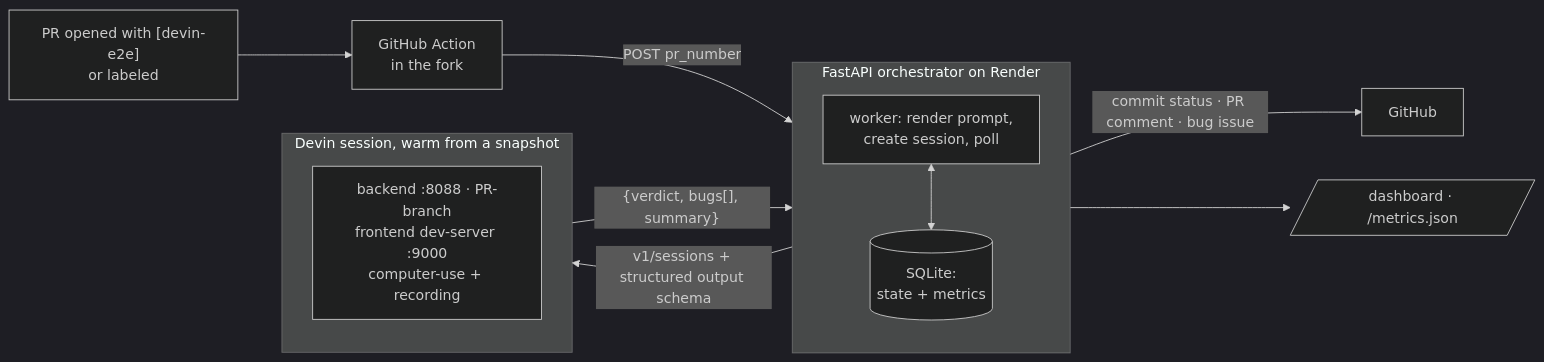
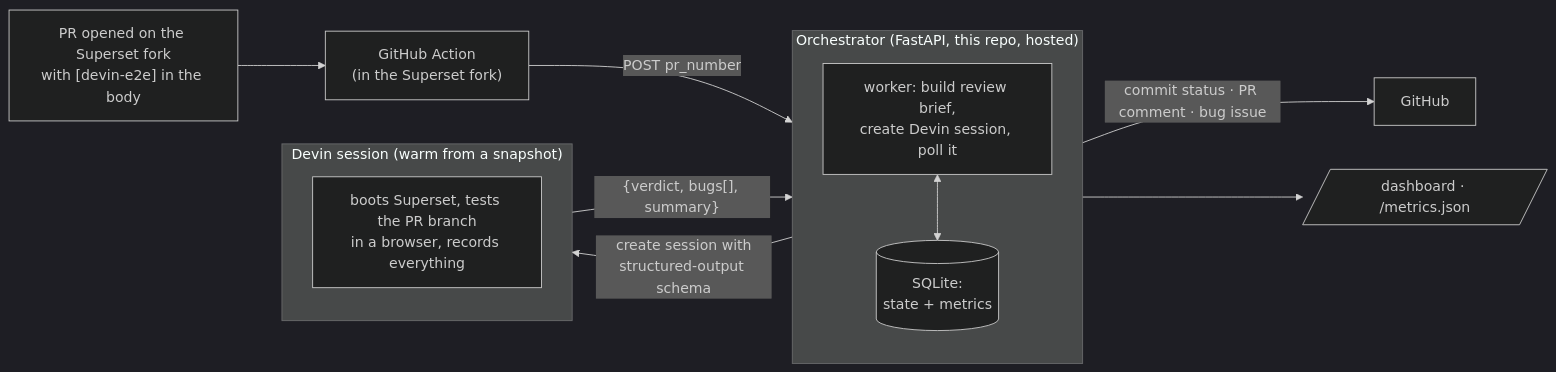
The diagram in README.md (RichardHruby/devin-e2e-tester), drawn with Mermaid (dark theme) before and after one commit. The commit also changed other lines of this file and 11 other files, not shown here.

````diff
--- a/README.md
+++ b/README.md
@@ -22,17 +26,17 @@
 ```mermaid
 flowchart LR
-  PR["PR opened with [devin-e2e]<br/>or labeled"] --> GHA[GitHub Action<br/>in the fork]
+  PR["PR opened on the Superset fork<br/>with [devin-e2e] in the body"] --> GHA["GitHub Action<br/>(in the Superset fork)"]
   GHA -->|POST pr_number| ORC
-  subgraph ORC [FastAPI orchestrator on Render]
-    W[worker: render prompt,<br/>create session, poll]
-    DB[(SQLite:<br/>state + metrics)]
+  subgraph ORC ["Orchestrator (FastAPI, this repo, hosted)"]
+    W["worker: build review brief,<br/>create Devin session, poll it"]
+    DB[("SQLite:<br/>state + metrics")]
     W <--> DB
   end
-  ORC -->|v1/sessions + structured output schema| DEVIN
-  subgraph DEVIN [Devin session, warm from a snapshot]
-    S[backend :8088 · PR-branch<br/>frontend dev-server :9000<br/>computer-use + recording]
+  ORC -->|create session with<br/>structured-output schema| DEVIN
+  subgraph DEVIN ["Devin session (warm from a snapshot)"]
+    S["boots Superset, tests the PR branch<br/>in a browser, records everything"]
   end
   DEVIN -->|"{verdict, bugs[], summary}"| ORC
   ORC -->|commit status · PR comment · bug issue| GH[GitHub]
   ORC --> DASH[/dashboard · /metrics.json/]
 ```
````
